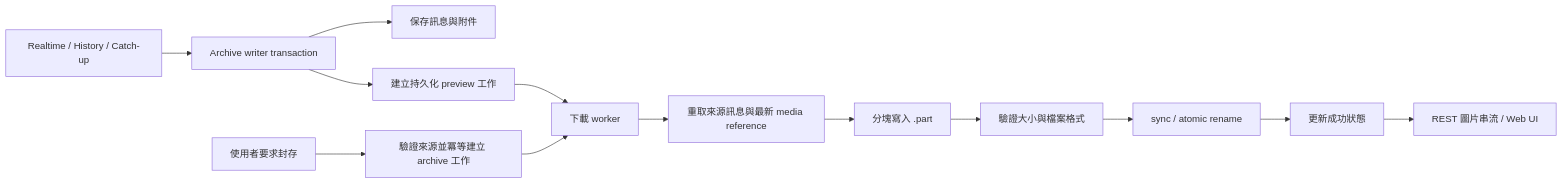
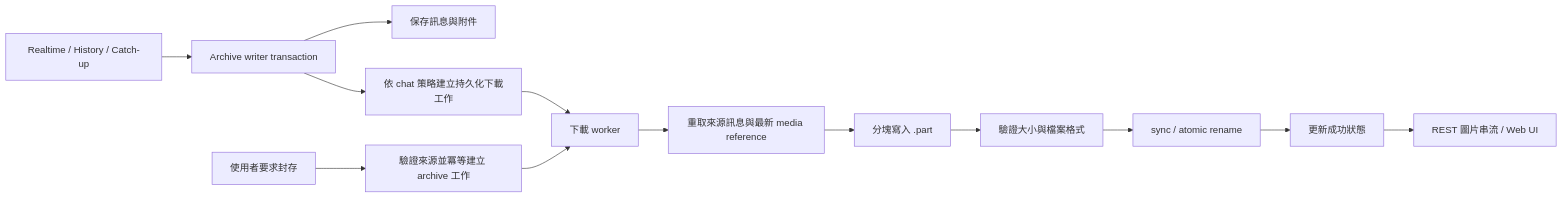
One commit to Swind/rust-tgarchive changed the diagram in telegram_media_download_design.md. Above: the diagram before and after it, drawn with Mermaid. The commit also changed other lines of this file, not shown here.

````diff
--- a/telegram_media_download_design.md
+++ b/telegram_media_download_design.md
@@ -34,15 +44,15 @@
 ```mermaid
 flowchart LR
     A[Realtime / History / Catch-up] --> B[Archive writer transaction]
     B --> C[保存訊息與附件]
-    B --> D[建立持久化 preview 工作]
+    B --> D[依 chat 策略建立持久化下載工作]
     U[使用者要求封存] --> P[驗證來源並冪等建立 archive 工作]
     P --> E[下載 worker]
     D --> E[下載 worker]
     E --> F[重取來源訊息與最新 media reference]
     F --> G[分塊寫入 .part]
     G --> H[驗證大小與檔案格式]
     H --> I[sync / atomic rename]
     I --> J[更新成功狀態]
     J --> K[REST 圖片串流 / Web UI]
 ```
````
